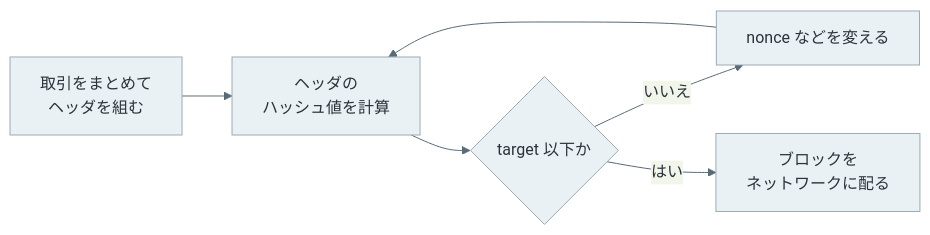
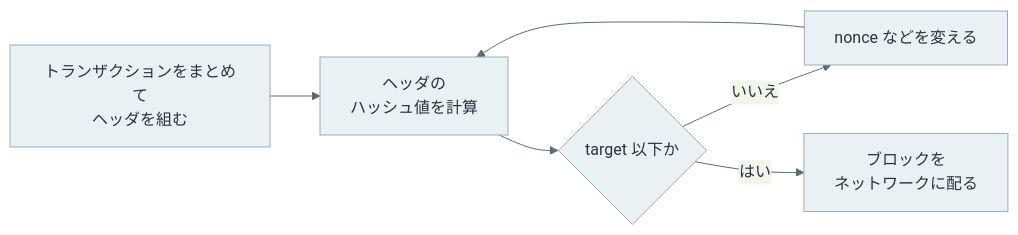
The fourth of 5 diagrams in content/notes/blockchain-systems/blockchain-basics/index.md (nao1215/debimate), drawn with Mermaid before and after one commit. The commit also changed other lines of this file and 12 other files, not shown here.

````diff
--- a/content/notes/blockchain-systems/blockchain-basics/index.md
+++ b/content/notes/blockchain-systems/blockchain-basics/index.md
@@ -140,9 +140,9 @@
 ```mermaid
 %%{init: {"theme":"base","themeVariables":{"primaryColor":"#eaf1f5","primaryTextColor":"#28343b","primaryBorderColor":"#9cabb5","lineColor":"#596b76","textColor":"#28343b","actorBkg":"#eaf1f5","actorBorder":"#9cabb5","actorTextColor":"#28343b","actorLineColor":"#9cabb5","signalColor":"#596b76","signalTextColor":"#28343b","noteBkgColor":"#f7f1e5","noteBorderColor":"#c5b99b","noteTextColor":"#403c32","activationBkgColor":"#edf3ef","activationBorderColor":"#9aafa1"}}}%%
 flowchart LR
-    H["取引をまとめて<br/>ヘッダを組む"] --> S["ヘッダの<br/>ハッシュ値を計算"]
+    H["トランザクションをまとめて<br/>ヘッダを組む"] --> S["ヘッダの<br/>ハッシュ値を計算"]
     S --> J{"target 以下か"}
     J -->|いいえ| N["nonce などを変える"] --> S
     J -->|はい| B["ブロックを<br/>ネットワークに配る"]
     classDef default fill:#eaf1f5,stroke:#9cabb5,color:#28343b;
 ```
````
